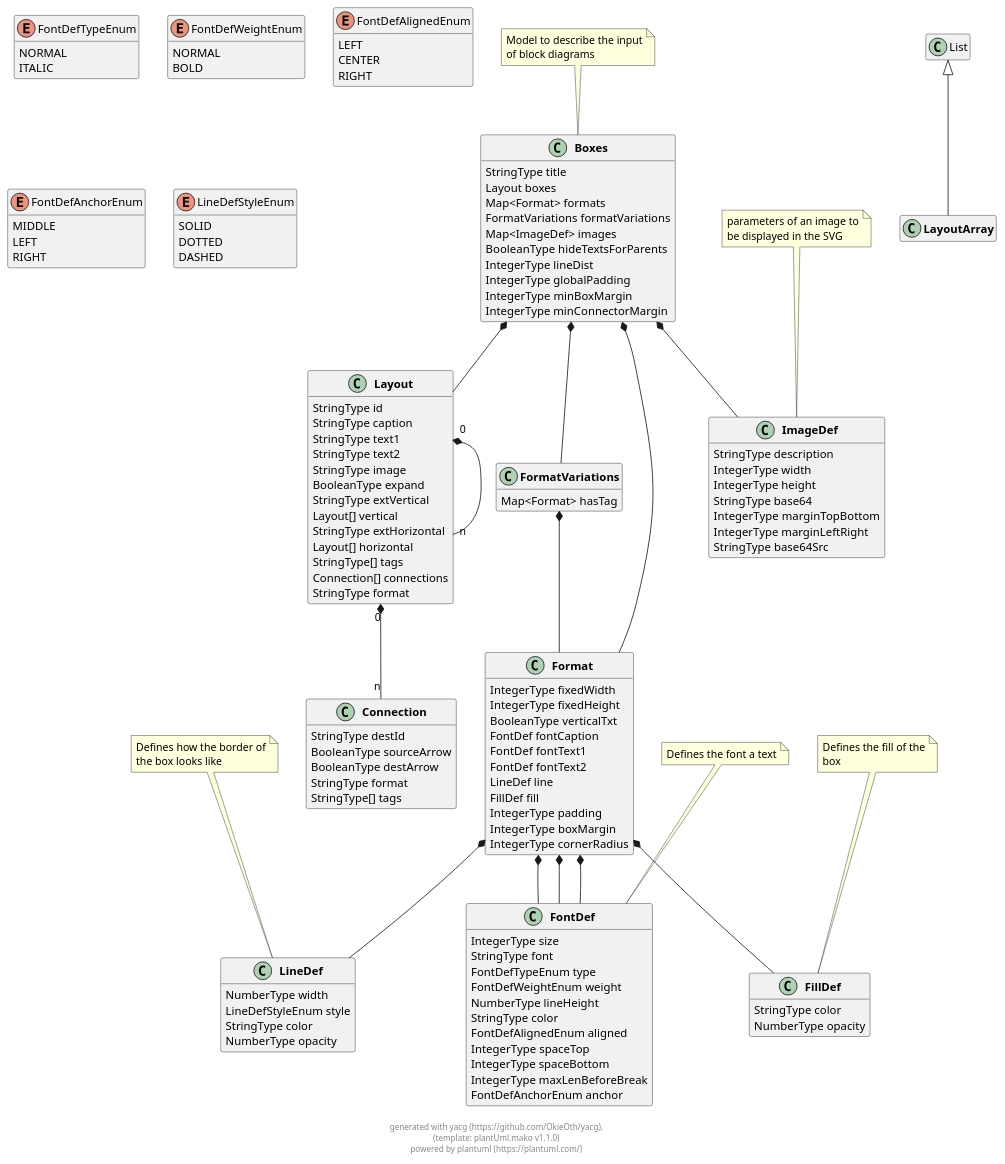
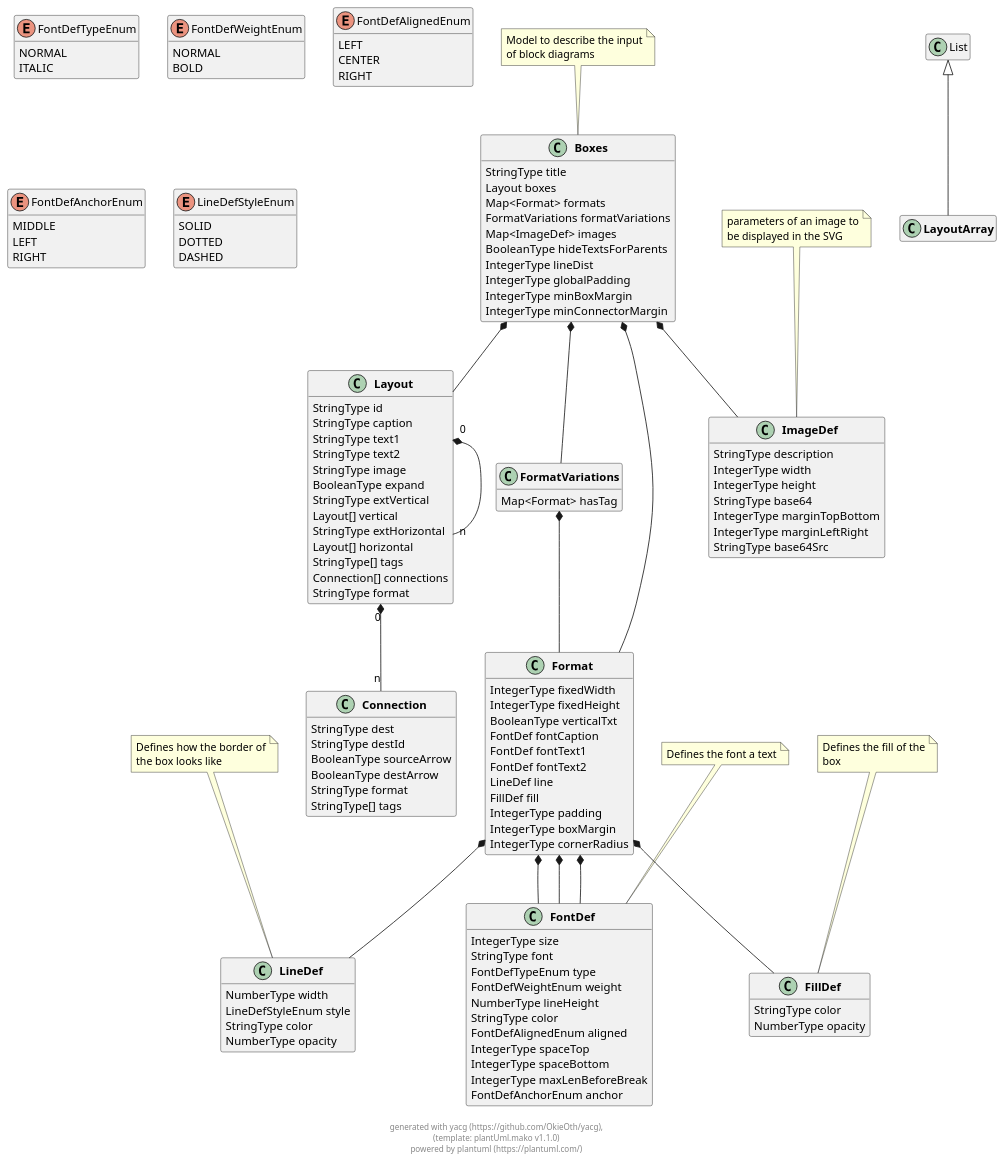
The diagram in docs/models/puml/boxes.puml (OkieOth/draw.chart.things), drawn with PlantUML before and after one commit. The commit also changed 9 other files, not shown here.

```diff
--- a/docs/models/puml/boxes.puml
+++ b/docs/models/puml/boxes.puml
@@ -66,6 +66,7 @@
 }
 
 class "**Connection**" as Connection {
+        StringType dest
         StringType destId
         BooleanType sourceArrow
         BooleanType destArrow
@@ -213,6 +214,7 @@
 
 
 
+
     
     
 
```
